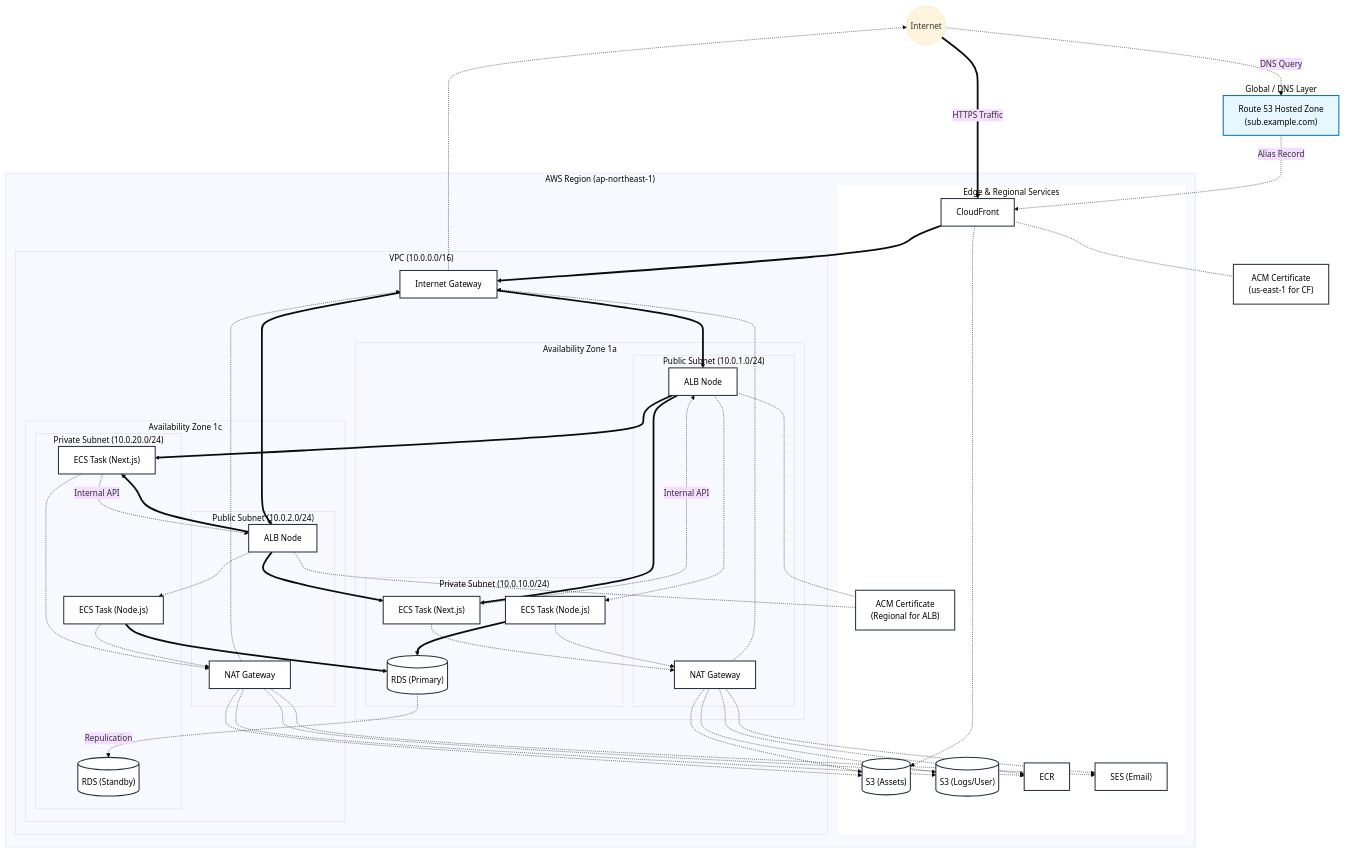
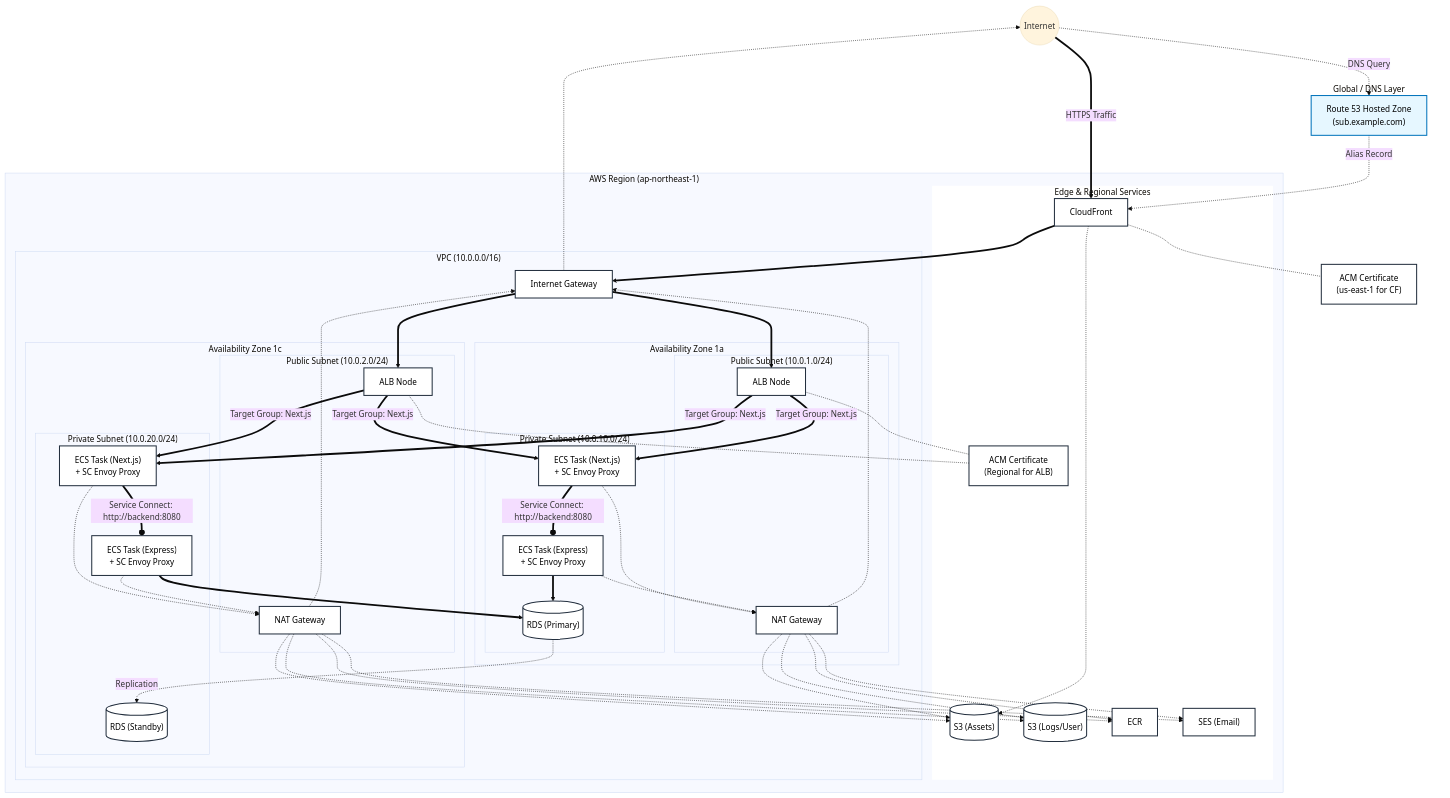
Before and after one commit to ryo-okazaki/todo-app-infrastructure: the diagram in docs/architecture/network-architecture.mermaid, drawn with Mermaid (base theme).

Commit message:
docs: network-architecture

```diff
--- a/docs/architecture/network-architecture.mermaid
+++ b/docs/architecture/network-architecture.mermaid
@@ -1,117 +1,120 @@
 graph TB
 %% --- スタイル定義 ---
     classDef region fill:#fff,stroke:#879596,stroke-dasharray: 5 5,color:#000
     classDef vpc fill:#f2fcfe,stroke:#248814,stroke-width:2px,color:#000
     classDef az fill:#fff,stroke:#d86613,stroke-dasharray: 3 3,color:#000
     classDef publicSubnet fill:#e7f2f1,stroke:#00a78e,color:#000
     classDef privateSubnet fill:#fdf3e5,stroke:#d86613,color:#000
     classDef service fill:#fff,stroke:#232f3e,stroke-width:2px,color:#000
     classDef dns fill:#e6f7ff,stroke:#0073bb,stroke-width:2px,color:#000
+    classDef scLink stroke:#9370db,stroke-width:3px,color:#4b0082,stroke-dasharray: 0
 
 %% --- 外部領域 ---
-    Internet((Internet))
+    Internet(("Internet"))
 
 %% --- DNS & Global Layer ---
-subgraph DNS_Layer [Global / DNS Layer]
-style DNS_Layer fill:#fff,stroke:none
-R53["Route 53 Hosted Zone</br>(sub.example.com)"]:::dns
-ACM_Global["ACM Certificate</br>(us-east-1 for CF)"]:::service
-end
+    subgraph DNS_Layer ["Global / DNS Layer"]
+        style DNS_Layer fill:#fff,stroke:none
+        R53["Route 53 Hosted Zone</br>(sub.example.com)"]:::dns
+        ACM_Global["ACM Certificate</br>(us-east-1 for CF)"]:::service
+    end
 
 %% --- AWS Region ---
-subgraph Region ["AWS Region (ap-northeast-1)"]
-class Region region
+    subgraph Region ["AWS Region (ap-northeast-1)"]
+        class Region region
 
-%% グローバル/リージョナルリソース (VPC外)
-subgraph Edge_Services [Edge & Regional Services]
-style Edge_Services fill:#fff,stroke:none
-CF[CloudFront]:::service
-S3_Assets[("S3 (Assets)")]:::service
-S3_Logs[("S3 (Logs/User)")]:::service
-ECR[ECR]:::service
-SES["SES (Email)"]:::service
-ACM_Regional["ACM Certificate</br>(Regional for ALB)"]:::service
-end
+    %% グローバル/リージョナルリソース (VPC外)
+        subgraph Edge_Services ["Edge & Regional Services"]
+            style Edge_Services fill:#fff,stroke:none
+            CF["CloudFront"]:::service
+            S3_Assets[("S3 (Assets)")]:::service
+            S3_Logs[("S3 (Logs/User)")]:::service
+            ECR["ECR"]:::service
+            SES["SES (Email)"]:::service
+            ACM_Regional["ACM Certificate</br>(Regional for ALB)"]:::service
+        end
 
-%% --- VPC ---
-subgraph VPC ["VPC (10.0.0.0/16)"]
-class VPC vpc
-IGW[Internet Gateway]:::service
+    %% --- VPC ---
+        subgraph VPC ["VPC (10.0.0.0/16)"]
+            class VPC vpc
+            IGW["Internet Gateway"]:::service
 
-%% --- AZ 1 ---
-subgraph AZ1 [Availability Zone 1a]
-class AZ1 az
+        %% --- AZ 1 ---
+            subgraph AZ1 ["Availability Zone 1a"]
+                class AZ1 az
 
-%% Public Subnet 1
-subgraph Pub_Sub1 ["Public Subnet (10.0.1.0/24)"]
-class Pub_Sub1 publicSubnet
-ALB_1[ALB Node]:::service
-NAT_1[NAT Gateway]:::service
-end
+            %% Public Subnet 1
+                subgraph Pub_Sub1 ["Public Subnet (10.0.1.0/24)"]
+                    class Pub_Sub1 publicSubnet
+                    ALB_1["ALB Node"]:::service
+                    NAT_1["NAT Gateway"]:::service
+                end
 
-%% Private Subnet 1
-subgraph Priv_Sub1 ["Private Subnet (10.0.10.0/24)"]
-class Priv_Sub1 privateSubnet
-ECS_FE_1["ECS Task (Next.js)"]:::service
-ECS_BE_1["ECS Task (Node.js)"]:::service
-RDS_Primary[("RDS (Primary)")]:::service
-end
-end
+            %% Private Subnet 1
+                subgraph Priv_Sub1 ["Private Subnet (10.0.10.0/24)"]
+                    class Priv_Sub1 privateSubnet
+                    ECS_FE_1["ECS Task (Next.js)</br>+ SC Envoy Proxy"]:::service
+                    ECS_BE_1["ECS Task (Express)</br>+ SC Envoy Proxy"]:::service
+                    RDS_Primary[("RDS (Primary)")]:::service
+                end
+            end
 
-%% --- AZ 2 ---
-subgraph AZ2 [Availability Zone 1c]
-class AZ2 az
+        %% --- AZ 2 ---
+            subgraph AZ2 ["Availability Zone 1c"]
+                class AZ2 az
 
-%% Public Subnet 2
-subgraph Pub_Sub2 ["Public Subnet (10.0.2.0/24)"]
-class Pub_Sub2 publicSubnet
-ALB_2[ALB Node]:::service
-NAT_2[NAT Gateway]:::service
-end
+            %% Public Subnet 2
+                subgraph Pub_Sub2 ["Public Subnet (10.0.2.0/24)"]
+                    class Pub_Sub2 publicSubnet
+                    ALB_2["ALB Node"]:::service
+                    NAT_2["NAT Gateway"]:::service
+                end
 
-%% Private Subnet 2
-subgraph Priv_Sub2 ["Private Subnet (10.0.20.0/24)"]
-class Priv_Sub2 privateSubnet
-ECS_FE_2["ECS Task (Next.js)"]:::service
-ECS_BE_2["ECS Task (Node.js)"]:::service
-RDS_Standby[("RDS (Standby)")]:::service
-end
-end
-end
-end
+            %% Private Subnet 2
+                subgraph Priv_Sub2 ["Private Subnet (10.0.20.0/24)"]
+                    class Priv_Sub2 privateSubnet
+                    ECS_FE_2["ECS Task (Next.js)</br>+ SC Envoy Proxy"]:::service
+                    ECS_BE_2["ECS Task (Express)</br>+ SC Envoy Proxy"]:::service
+                    RDS_Standby[("RDS (Standby)")]:::service
+                end
+            end
+        end
+    end
 
 %% --- ネットワークフロー ---
 
 %% 1. DNS Resolution & Entry
-Internet -.->|DNS Query| R53
-R53 -.->|Alias Record| CF
-Internet ==>|HTTPS Traffic| CF
+    Internet -.->|DNS Query| R53
+    R53 -.->|Alias Record| CF
+    Internet ==>|HTTPS Traffic| CF
 
 %% Certificate Association
-CF -.- ACM_Global
-ALB_1 & ALB_2 -.- ACM_Regional
+    CF -.- ACM_Global
+    ALB_1 & ALB_2 -.- ACM_Regional
 
-%% 2. Ingress to VPC
-CF ==> IGW
-IGW ==> ALB_1 & ALB_2
-ALB_1 & ALB_2 ==> ECS_FE_1 & ECS_FE_2
+%% 2. Ingress to VPC (Next.jsのみ公開)
+    CF ==> IGW
+    IGW ==> ALB_1 & ALB_2
+    ALB_1 & ALB_2 ==>|"Target Group: Next.js"| ECS_FE_1 & ECS_FE_2
 
-%% 3. Internal Flow
-ECS_FE_1 -.->|Internal API| ALB_1
-ECS_FE_2 -.->|Internal API| ALB_2
-ALB_1 -.-> ECS_BE_1
-ALB_2 -.-> ECS_BE_2
-ECS_BE_1 & ECS_BE_2 ==> RDS_Primary
-RDS_Primary -.->|Repulication| RDS_Standby
+%% 3. Internal Flow (Service Connect)
+%% ★ここを修正しました
+    ECS_FE_1 == "Service Connect: http://backend:8080" ==o ECS_BE_1
+    ECS_FE_2 == "Service Connect: http://backend:8080" ==o ECS_BE_2
+%%    linkStyle 9,10 stroke:#9370db,stroke-width:3px,color:#4b0082;
+
+%% DB Connection
+    ECS_BE_1 & ECS_BE_2 ==> RDS_Primary
+    RDS_Primary -.->|Replication| RDS_Standby
 
 %% 4. Egress (Outbound to AWS Services & Internet)
-ECS_FE_1 & ECS_BE_1 -.-> NAT_1
-ECS_FE_2 & ECS_BE_2 -.-> NAT_2
-NAT_1 & NAT_2 -.-> IGW
-IGW -.-> Internet
+    ECS_FE_1 & ECS_BE_1 -.-> NAT_1
+    ECS_FE_2 & ECS_BE_2 -.-> NAT_2
+    NAT_1 & NAT_2 -.-> IGW
+    IGW -.-> Internet
 
 %% 5. Access to Regional Services via NAT
-NAT_1 & NAT_2 -.-> SES & S3_Assets & S3_Logs & ECR
+    NAT_1 & NAT_2 -.-> SES & S3_Assets & S3_Logs & ECR
 
 %% CloudFront連携
-CF -.-> S3_Assets
+    CF -.-> S3_Assets
```
